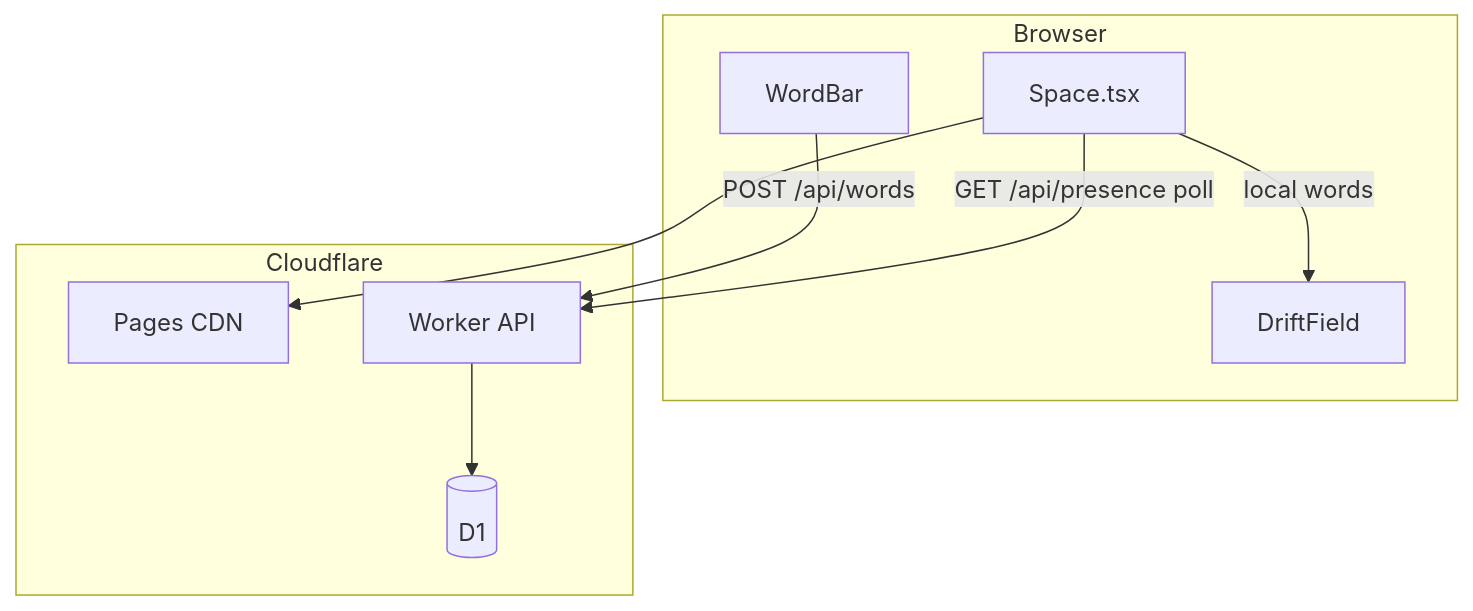
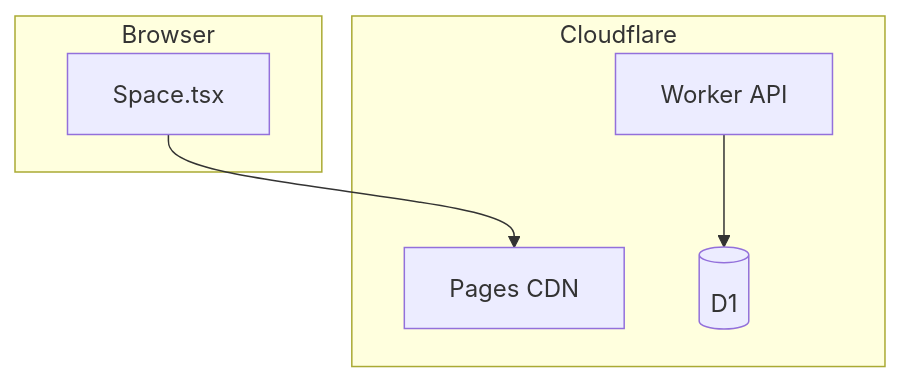
The diagram in docs/design/03-architecture.md (hirorocky/breathing), drawn with Mermaid before and after one commit. The commit also changed other lines of this file and 23 other files, not shown here.

````diff
--- a/docs/design/03-architecture.md
+++ b/docs/design/03-architecture.md
@@ -5,20 +5,15 @@
 ```mermaid
 flowchart TB
   subgraph client [Browser]
     Space[Space.tsx]
-    Drift[DriftField]
-    WordBar[WordBar]
   end
 
   subgraph edge [Cloudflare]
     Pages[Pages CDN]
     API[Worker API]
     D1[(D1)]
   end
 
   Space --> Pages
-  WordBar -->|POST /api/words| API
-  Space -->|local words| Drift
-  Space -->|GET /api/presence poll| API
   API --> D1
 ```
````
